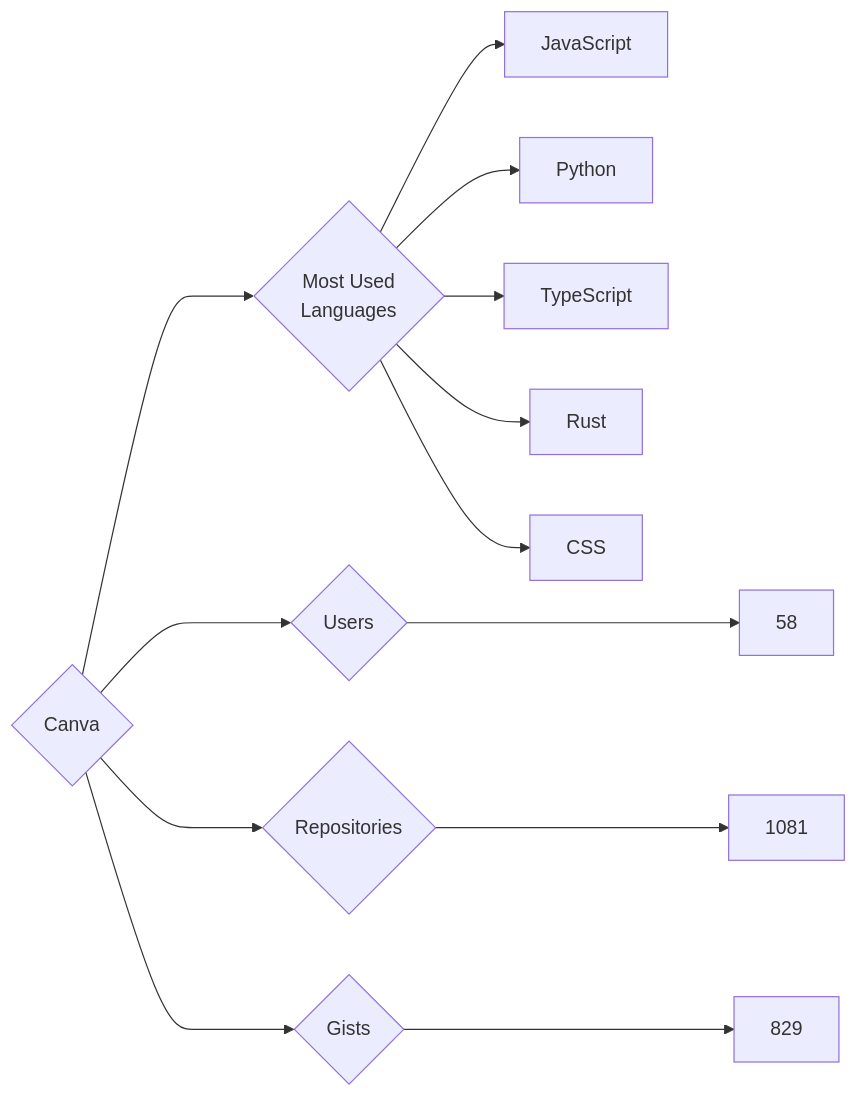
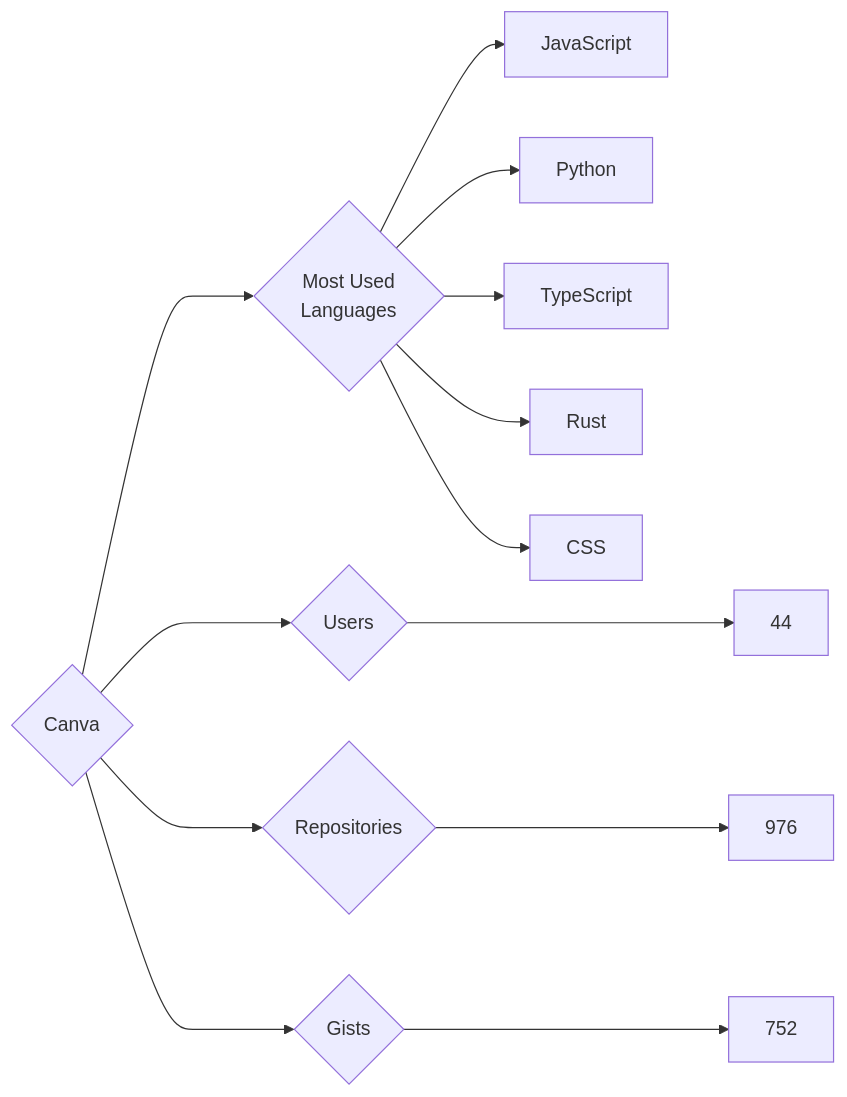
The diagram in targets/Canva/README.md (trickest/insiders), drawn with Mermaid before and after one commit. The commit also changed 895 other files, not shown here.

````diff
--- a/targets/Canva/README.md
+++ b/targets/Canva/README.md
@@ -3,13 +3,13 @@
 ```mermaid
 graph LR
 COMPANY_NAME{Canva}
-COMPANY_NAME ---> U{Users} ---> UN[58]
-COMPANY_NAME ---> R{Repositories} ---> RN[1081]
-COMPANY_NAME ---> G{Gists} ---> GN[829]
+COMPANY_NAME ---> U{Users} ---> UN[44]
+COMPANY_NAME ---> R{Repositories} ---> RN[976]
+COMPANY_NAME ---> G{Gists} ---> GN[752]
 COMPANY_NAME ---> ML{Most Used<br>Languages}
 ML --> JavaScript[JavaScript]
 ML --> Python[Python]
 ML --> TypeScript[TypeScript]
 ML --> Rust[Rust]
 ML --> CSS[CSS]
 ```
````
